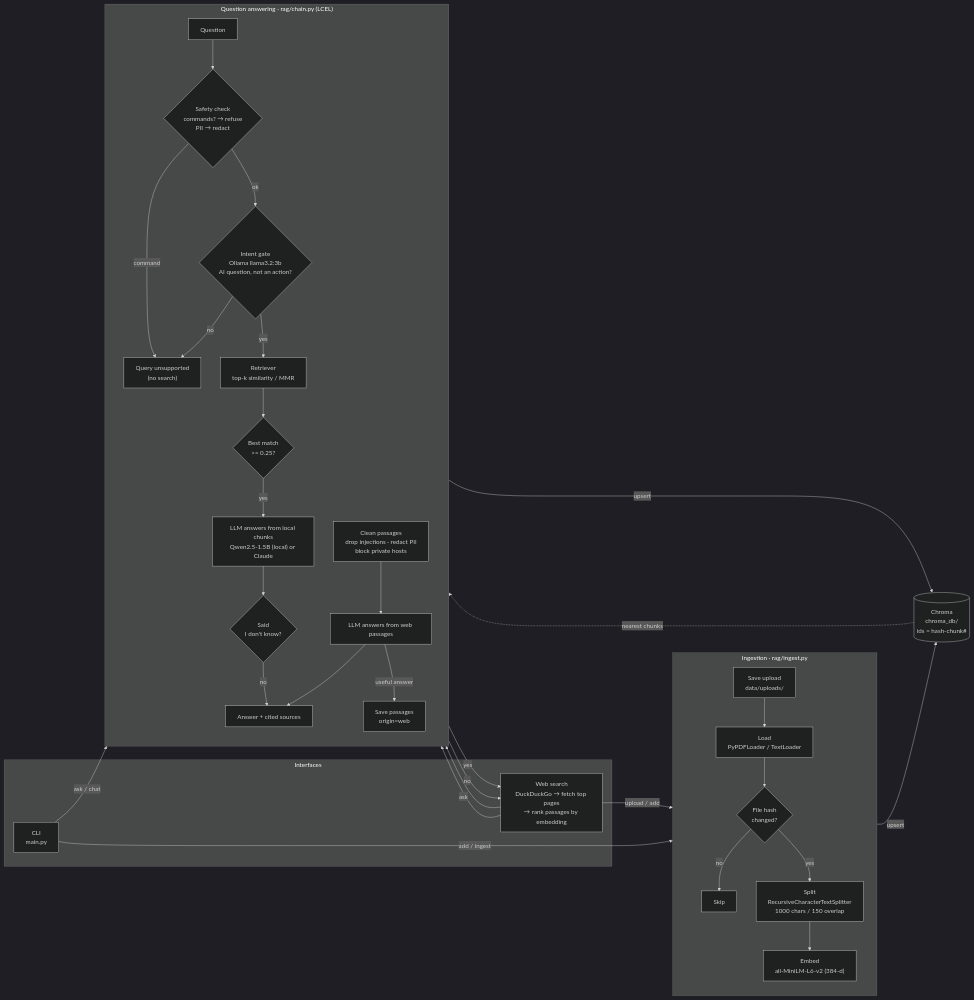
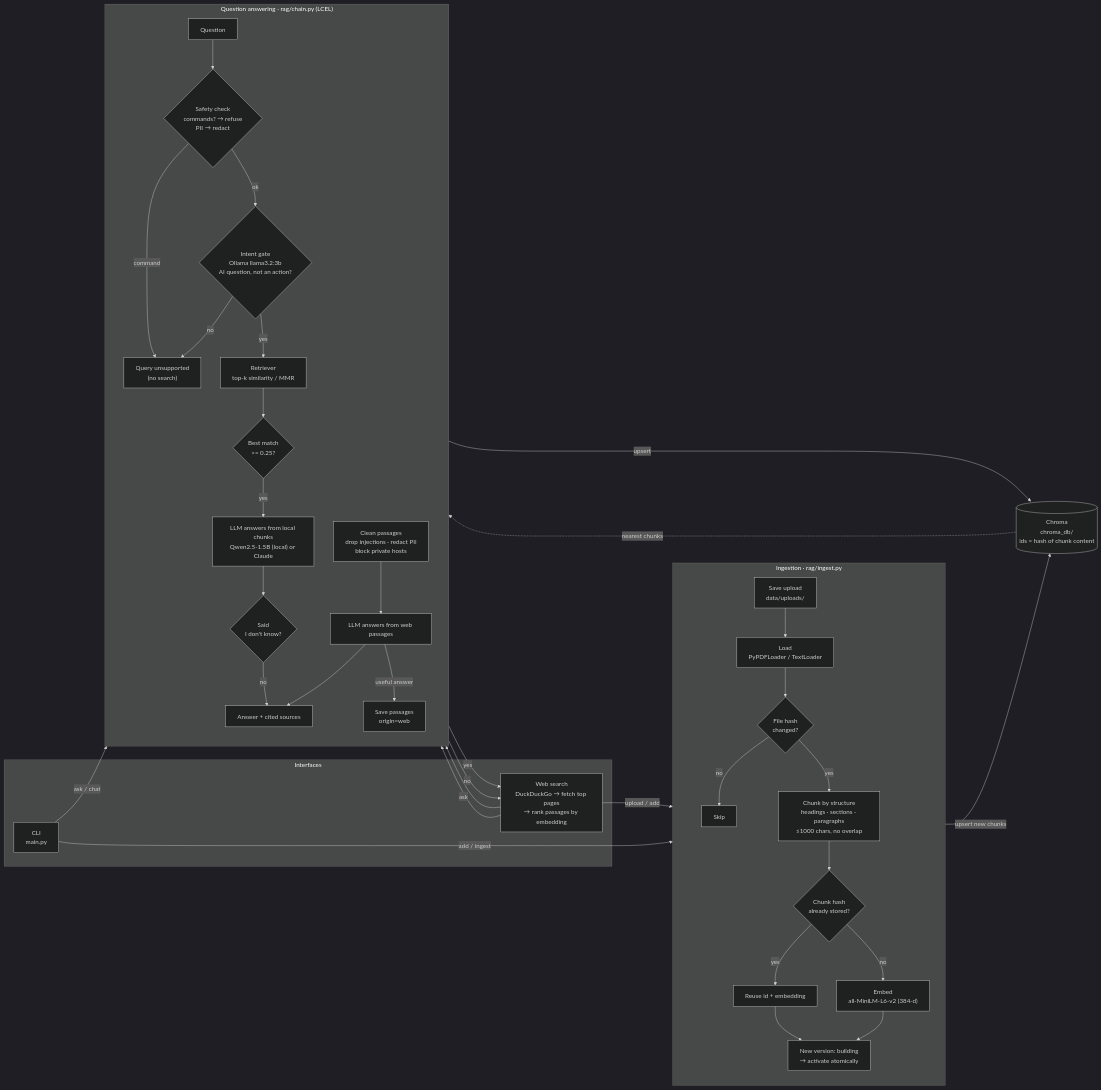
The third of 4 diagrams in README.md (radhika-singh-10/LuminusRAG), drawn with Mermaid (dark theme) before and after one commit. The commit also changed other lines of this file and 9 other files, not shown here.

````diff
--- a/README.md
+++ b/README.md
@@ -445,45 +510,49 @@
 ```mermaid
 flowchart LR
     subgraph UI["Interfaces"]
         WEB["Web UI<br/>app.py (Streamlit)"]
         CLI["CLI<br/>main.py"]
     end
 
     subgraph ING["Ingestion · rag/ingest.py"]
         direction TB
         UP["Save upload<br/>data/uploads/"] --> LOAD["Load<br/>PyPDFLoader / TextLoader"]
         LOAD --> HASH{"File hash<br/>changed?"}
         HASH -- no --> SKIP["Skip"]
-        HASH -- yes --> SPLIT["Split<br/>RecursiveCharacterTextSplitter<br/>1000 chars / 150 overlap"]
-        SPLIT --> EMB["Embed<br/>all-MiniLM-L6-v2 (384-d)"]
+        HASH -- yes --> SPLIT["Chunk by structure<br/>headings · sections · paragraphs<br/>≤1000 chars, no overlap"]
+        SPLIT --> CH{"Chunk hash<br/>already stored?"}
+        CH -- yes --> REUSE["Reuse id + embedding"]
+        CH -- no --> EMB["Embed<br/>all-MiniLM-L6-v2 (384-d)"]
+        REUSE --> VER["New version: building<br/>→ activate atomically"]
+        EMB --> VER
     end
 
-    DB[("Chroma<br/>chroma_db/<br/>ids = hash-chunk#")]
+    DB[("Chroma<br/>chroma_db/<br/>ids = hash of chunk content")]
 
     subgraph QA["Question answering · rag/chain.py (LCEL)"]
         direction TB
         Q["Question"] --> SAFE{"Safety check<br/>commands? → refuse<br/>PII → redact"}
         SAFE -- command --> UNS
         SAFE -- ok --> GATE{"Intent gate<br/>Ollama llama3.2:3b<br/>AI question, not an action?"}
         GATE -- no --> UNS["Query unsupported<br/>(no search)"]
         GATE -- yes --> RET["Retriever<br/>top-k similarity / MMR"]
         RET --> SCORE{"Best match<br/>>= 0.25?"}
         SCORE -- yes --> LLM["LLM answers from local chunks<br/>Qwen2.5-1.5B (local) or Claude"]
         LLM --> KNOW{"Said<br/>I don't know?"}
         KNOW -- no --> ANS["Answer + cited sources"]
         KNOW -- yes --> WEB
         SCORE -- no --> WEB["Web search<br/>DuckDuckGo → fetch top pages<br/>→ rank passages by embedding"]
         WEB --> CLEAN["Clean passages<br/>drop injections · redact PII<br/>block private hosts"]
         CLEAN --> WLLM["LLM answers from web passages"]
         WLLM --> ANS
         WLLM -- "useful answer" --> SAVE["Save passages<br/>origin=web"]
     end
 
     WEB -- "upload / add" --> UP
     CLI -- "add / ingest" --> UP
-    EMB -- "upsert" --> DB
+    VER -- "upsert new chunks" --> DB
     SAVE -- "upsert" --> DB
     WEB -- "ask" --> Q
     CLI -- "ask / chat" --> Q
     DB -. "nearest chunks" .-> RET
 ```
````
